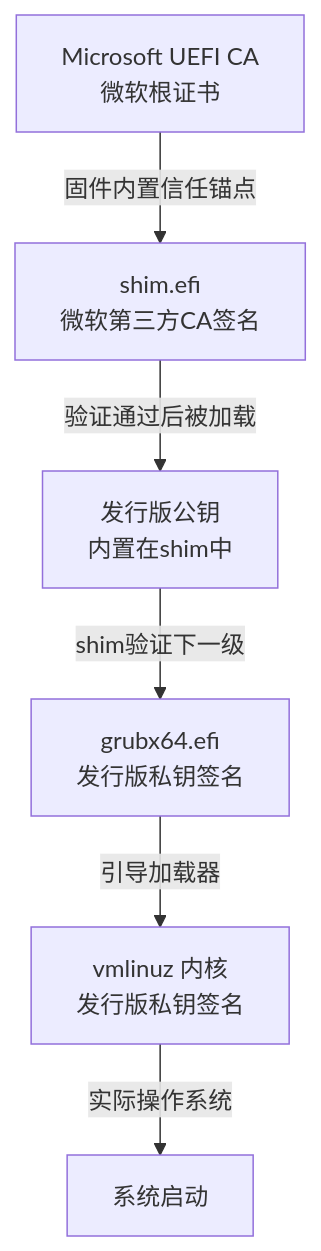
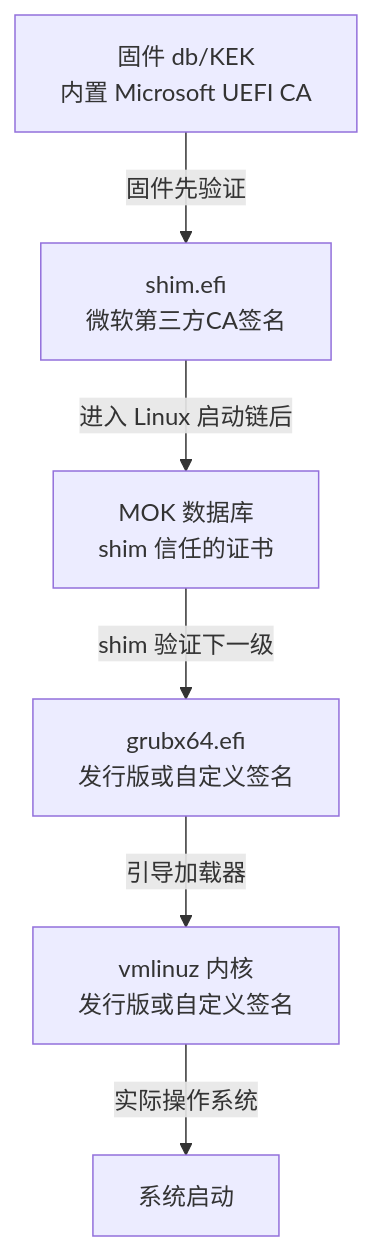
One commit to xingwangzhe/stalux changed the diagram in stalux/posts/解决Linux更新UEFI签名问题.md. Above: the diagram before and after it, drawn with Mermaid. The commit also changed other lines of this file, not shown here.

````diff
--- a/stalux/posts/解决Linux更新UEFI签名问题.md
+++ b/stalux/posts/解决Linux更新UEFI签名问题.md
@@ -33,8 +34,8 @@
 ```mermaid
 flowchart TD
-    A[Microsoft UEFI CA<br/>微软根证书] -->|固件内置信任锚点| B[shim.efi<br/>微软第三方CA签名]
-    B -->|验证通过后被加载| C[发行版公钥<br/>内置在shim中]
-    C -->|shim验证下一级| D[grubx64.efi<br/>发行版私钥签名]
-    D -->|引导加载器| E[vmlinuz 内核<br/>发行版私钥签名]
+    A[固件 db/KEK<br/>内置 Microsoft UEFI CA] -->|固件先验证| B[shim.efi<br/>微软第三方CA签名]
+    B -->|进入 Linux 启动链后| C[MOK 数据库<br/>shim 信任的证书]
+    C -->|shim 验证下一级| D[grubx64.efi<br/>发行版或自定义签名]
+    D -->|引导加载器| E[vmlinuz 内核<br/>发行版或自定义签名]
     E -->|实际操作系统| F[系统启动]
 ```
````
